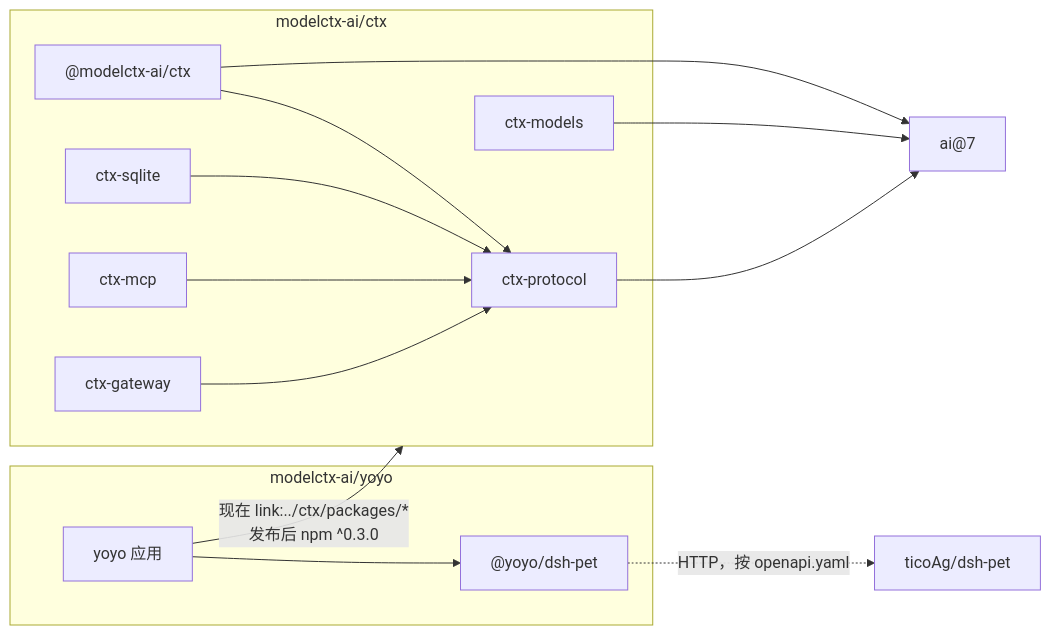
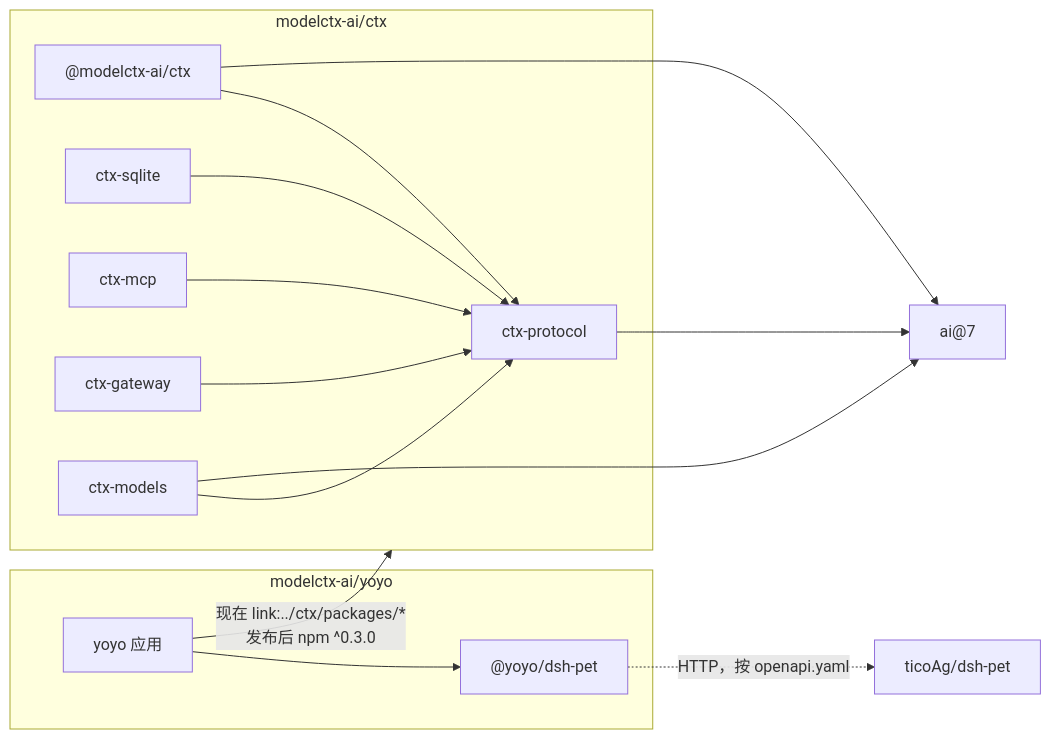
One commit to modelctx-ai/ctx changed the first of 2 diagrams in docs/repos.md. Above: the diagram before and after it, drawn with Mermaid. The commit also changed other lines of this file and 10 other files, not shown here.

````diff
--- a/docs/repos.md
+++ b/docs/repos.md
@@ -48,19 +48,19 @@
 ```mermaid
 flowchart LR
   subgraph ctxrepo["modelctx-ai/ctx"]
     protocol["ctx-protocol"]
     core["@modelctx-ai/ctx"] --> protocol
     sqlite["ctx-sqlite"] --> protocol
     mcp["ctx-mcp"] --> protocol
     gateway["ctx-gateway"] --> protocol
-    models["ctx-models"]
+    models["ctx-models"] --> protocol
   end
   subgraph yoyorepo["modelctx-ai/yoyo"]
     app["yoyo 应用"] --> client["@yoyo/dsh-pet"]
   end
   app -- "现在 link:../ctx/packages/*<br/>发布后 npm ^0.3.0" --> ctxrepo
   protocol --> ai["ai@7"]
   core --> ai
   models --> ai
   client -. "HTTP，按 openapi.yaml" .-> pet["ticoAg/dsh-pet"]
 ```
````
